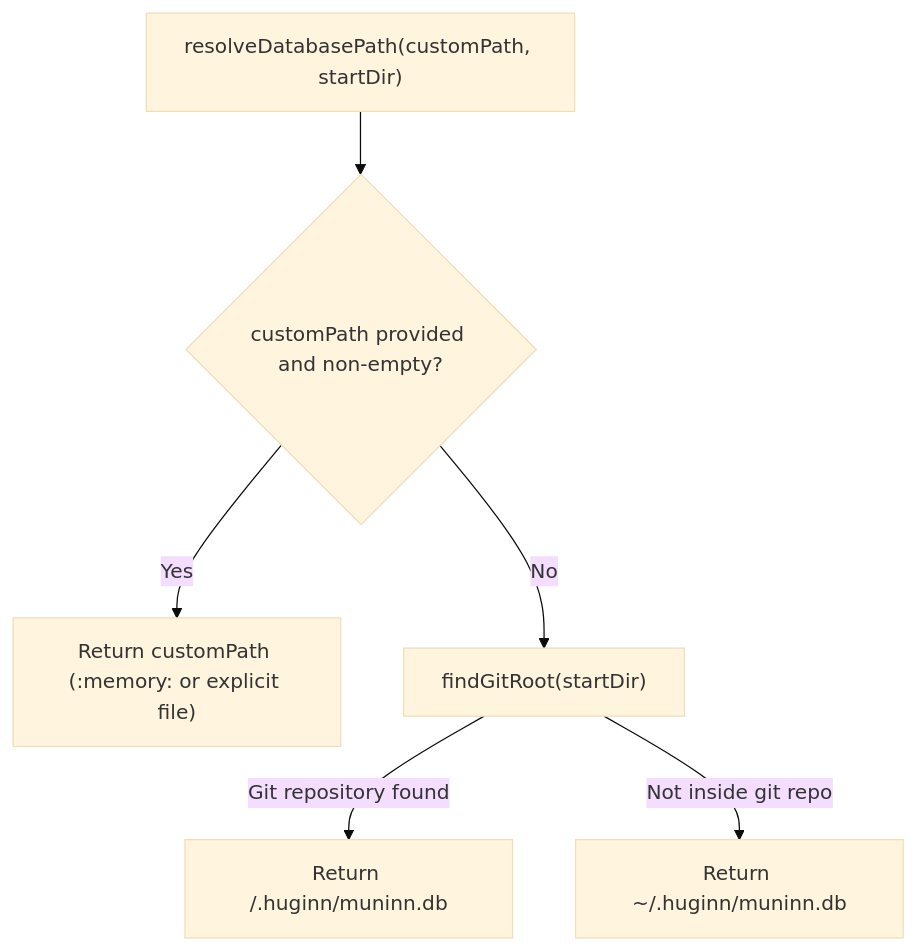
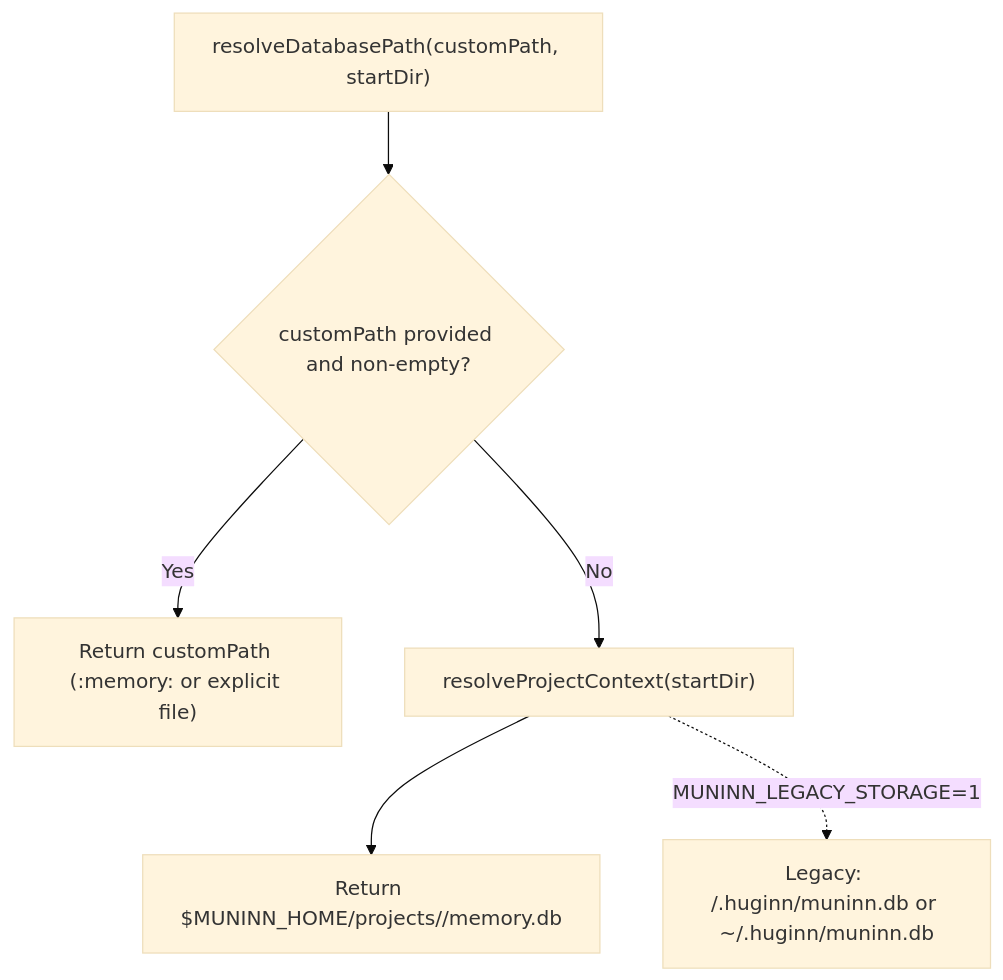
Before and after one commit to dahch/muninn: the first of 11 diagrams in DESIGN.md, drawn with Mermaid (base theme). The commit also changed other lines of this file and 6 other files, not shown here.

First line of the commit message:
docs: document portable identity, the code graph and multi-channel activation

````diff
--- a/DESIGN.md
+++ b/DESIGN.md
@@ -21,8 +28,8 @@
 ```mermaid
 flowchart TD
     A["resolveDatabasePath(customPath, startDir)"] --> B{"customPath provided and non-empty?"}
     B -- Yes --> C["Return customPath (:memory: or explicit file)"]
-    B -- No --> D["findGitRoot(startDir)"]
-    D -- Git repository found --> E["Return <git_root>/.huginn/muninn.db"]
-    D -- Not inside git repo --> F["Return ~/.huginn/muninn.db"]
+    B -- No --> D["resolveProjectContext(startDir)"]
+    D --> E["Return $MUNINN_HOME/projects/<uid>/memory.db"]
+    D -. "MUNINN_LEGACY_STORAGE=1" .-> F["Legacy: <git_root>/.huginn/muninn.db or ~/.huginn/muninn.db"]
 ```
````
